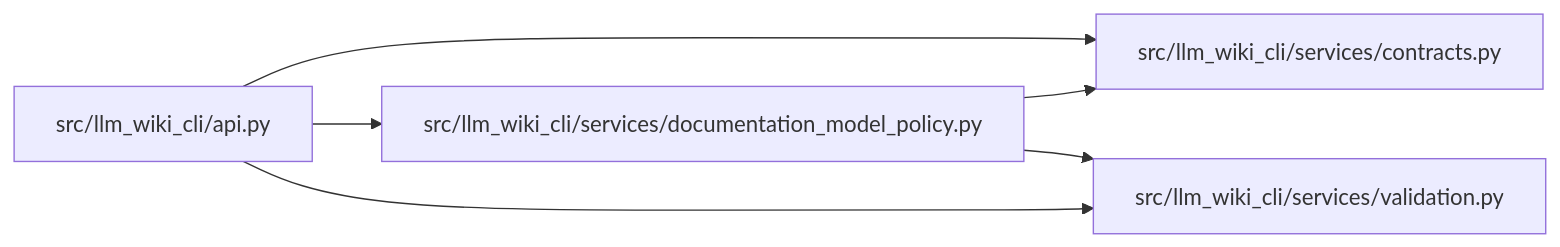
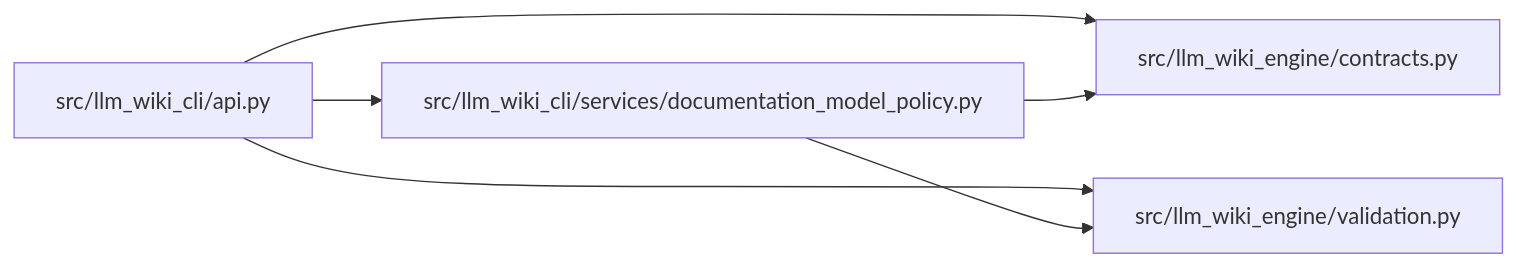
The diagram in docs/llm_wiki/modules/documentation_model_policy.md (Denissvgn/python-wiki-llm), drawn with Mermaid before and after one commit. The commit also changed other lines of this file and 1103 other files, not shown here.

First line of the commit message:
docs: refresh the wiki for the llm-wiki-engine distribution

````diff
--- a/docs/llm_wiki/modules/documentation_model_policy.md
+++ b/docs/llm_wiki/modules/documentation_model_policy.md
@@ -37,16 +37,16 @@
 ```mermaid
 flowchart LR
     n0["src/llm_wiki_cli/api.py"]
-    n1["src/llm_wiki_cli/services/contracts.py"]
-    n2["src/llm_wiki_cli/services/documentation_model_policy.py"]
-    n3["src/llm_wiki_cli/services/validation.py"]
+    n1["src/llm_wiki_cli/services/documentation_model_policy.py"]
+    n2["src/llm_wiki_engine/contracts.py"]
+    n3["src/llm_wiki_engine/validation.py"]
     n0 --> n1
     n0 --> n2
     n0 --> n3
-    n2 --> n1
-    n2 --> n3
+    n1 --> n2
+    n1 --> n3
     click n0 "../modules/api.md"
-    click n1 "../modules/services_contracts.md"
-    click n2 "../modules/documentation_model_policy.md"
+    click n1 "../modules/documentation_model_policy.md"
+    click n2 "../modules/llm_wiki_engine_contracts.md"
     click n3 "../modules/validation.md"
 ```
````
